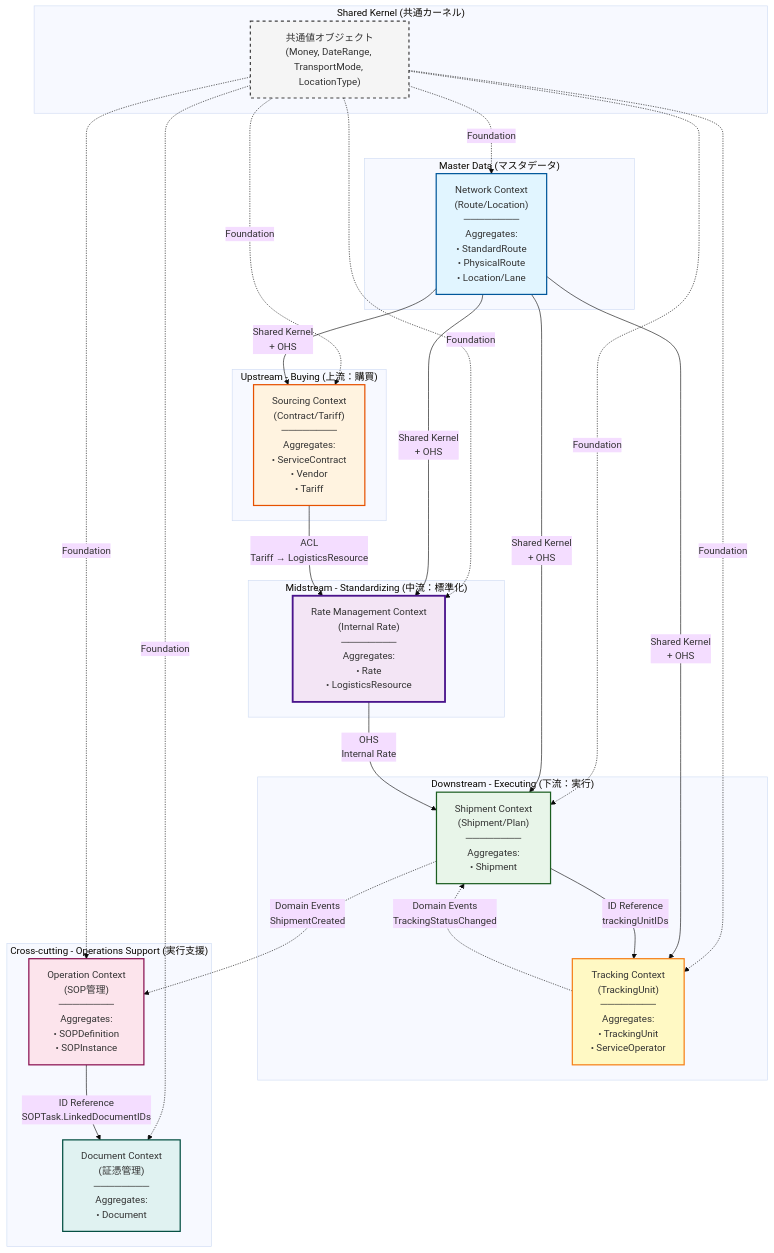
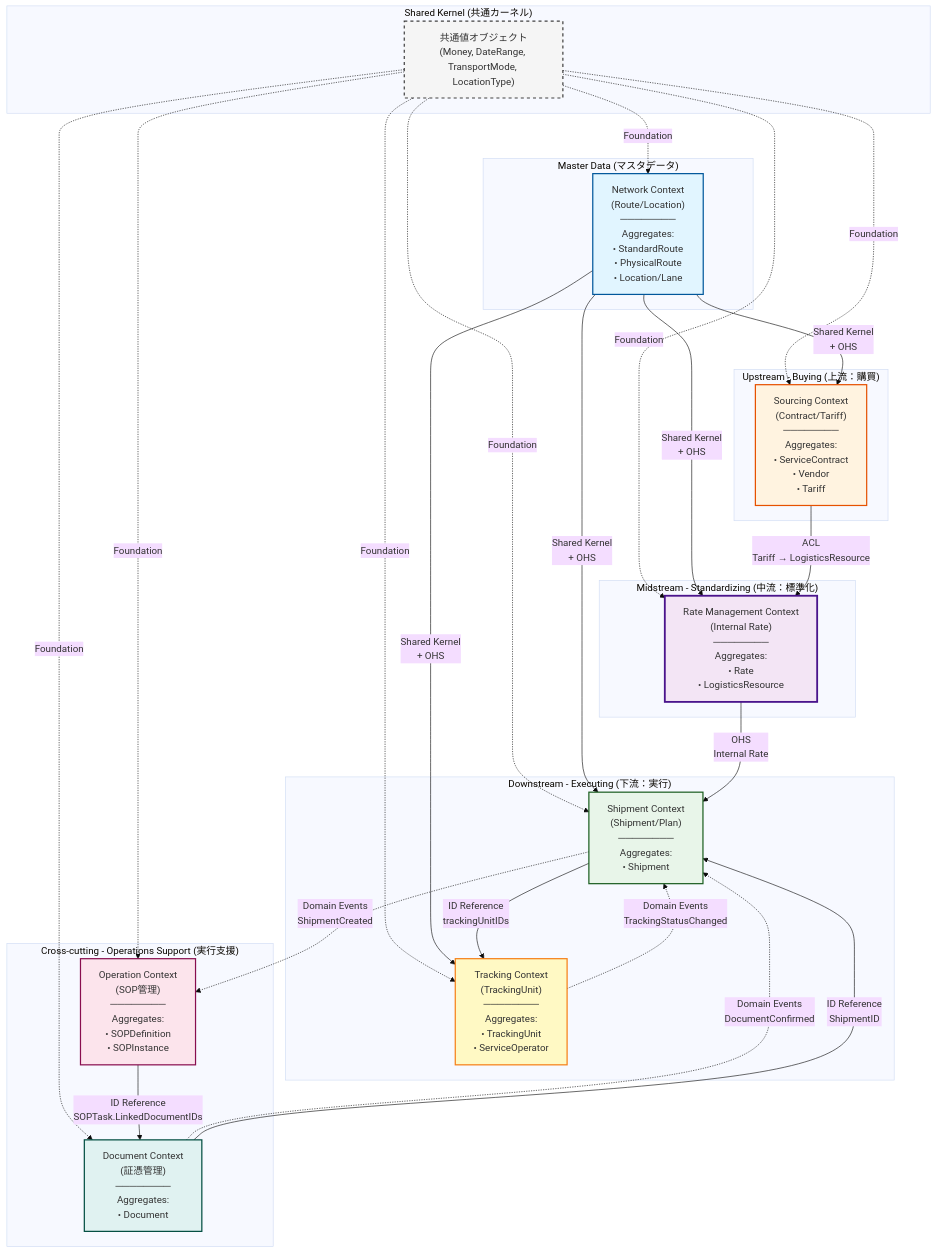
The first of 2 diagrams in spec/domain-model.md (sam8helloworld/tms-poc), drawn with Mermaid (base theme) before and after one commit. The commit also changed other lines of this file and 9 other files, not shown here.

First line of the commit message:
feat(document,shipment): Document BC構造化・ShipmentExecution追加

````diff
--- a/spec/domain-model.md
+++ b/spec/domain-model.md
@@ -7,73 +7,75 @@
 ```mermaid
 graph TD
     %% Shared Kernel
     subgraph "Shared Kernel (共通カーネル)"
         Shared["共通値オブジェクト<br/>(Money, DateRange, TransportMode, LocationType)"]
     end
 
     %% Master Data Context
     subgraph "Master Data (マスタデータ)"
         Network["Network Context<br/>(Route/Location)<br/>────────<br/>Aggregates:<br/>• StandardRoute<br/>• PhysicalRoute<br/>• Location/Lane"]
     end
 
     %% Upstream (Buying)
     subgraph "Upstream - Buying (上流：購買)"
         Sourcing["Sourcing Context<br/>(Contract/Tariff)<br/>────────<br/>Aggregates:<br/>• ServiceContract<br/>• Vendor<br/>• Tariff"]
     end
 
     %% Midstream (Standardizing)
     subgraph "Midstream - Standardizing (中流：標準化)"
         RateMgmt["Rate Management Context<br/>(Internal Rate)<br/>────────<br/>Aggregates:<br/>• Rate<br/>• LogisticsResource"]
     end
 
     %% Downstream (Executing)
     subgraph "Downstream - Executing (下流：実行)"
         Shipment["Shipment Context<br/>(Shipment/Plan)<br/>────────<br/>Aggregates:<br/>• Shipment"]
         Tracking["Tracking Context<br/>(TrackingUnit)<br/>────────<br/>Aggregates:<br/>• TrackingUnit<br/>• ServiceOperator"]
     end
 
     %% Cross-cutting (実行支援)
     subgraph "Cross-cutting - Operations Support (実行支援)"
         Operation["Operation Context<br/>(SOP管理)<br/>────────<br/>Aggregates:<br/>• SOPDefinition<br/>• SOPInstance"]
         Document["Document Context<br/>(証憑管理)<br/>────────<br/>Aggregates:<br/>• Document"]
     end
 
     %% Shared Kernel relationships
     Shared -.->|Foundation| Network
     Shared -.->|Foundation| Sourcing
     Shared -.->|Foundation| RateMgmt
     Shared -.->|Foundation| Shipment
     Shared -.->|Foundation| Tracking
     Shared -.->|Foundation| Operation
     Shared -.->|Foundation| Document
 
     %% Master Data relationships (OHS: Open Host Service)
     Network -->|Shared Kernel<br/>+ OHS| Sourcing
     Network -->|Shared Kernel<br/>+ OHS| RateMgmt
     Network -->|Shared Kernel<br/>+ OHS| Shipment
     Network -->|Shared Kernel<br/>+ OHS| Tracking
 
     %% Upstream to Midstream (ACL: Anti-Corruption Layer)
     Sourcing -->|ACL<br/>Tariff → LogisticsResource| RateMgmt
 
     %% Midstream to Downstream (OHS: Open Host Service)
     RateMgmt -->|OHS<br/>Internal Rate| Shipment
 
     %% Downstream internal (ID Reference + Domain Events)
     Shipment -->|ID Reference<br/>trackingUnitIDs| Tracking
     Tracking -.->|Domain Events<br/>TrackingStatusChanged| Shipment
 
     %% Downstream to Cross-cutting
     Shipment -.->|Domain Events<br/>ShipmentCreated| Operation
     Operation -->|ID Reference<br/>SOPTask.LinkedDocumentIDs| Document
+    Document -.->|Domain Events<br/>DocumentConfirmed| Shipment
+    Document -->|ID Reference<br/>ShipmentID| Shipment
 
     %% Styling
     style Network fill:#e1f5ff,stroke:#01579b,stroke-width:2px
     style Sourcing fill:#fff3e0,stroke:#e65100,stroke-width:2px
     style RateMgmt fill:#f3e5f5,stroke:#4a148c,stroke-width:3px
     style Shipment fill:#e8f5e9,stroke:#1b5e20,stroke-width:2px
     style Tracking fill:#fff9c4,stroke:#f57f17,stroke-width:2px
     style Operation fill:#fce4ec,stroke:#880e4f,stroke-width:2px
     style Document fill:#e0f2f1,stroke:#004d40,stroke-width:2px
     style Shared fill:#f5f5f5,stroke:#424242,stroke-width:2px,stroke-dasharray: 5 5
 ```
````
